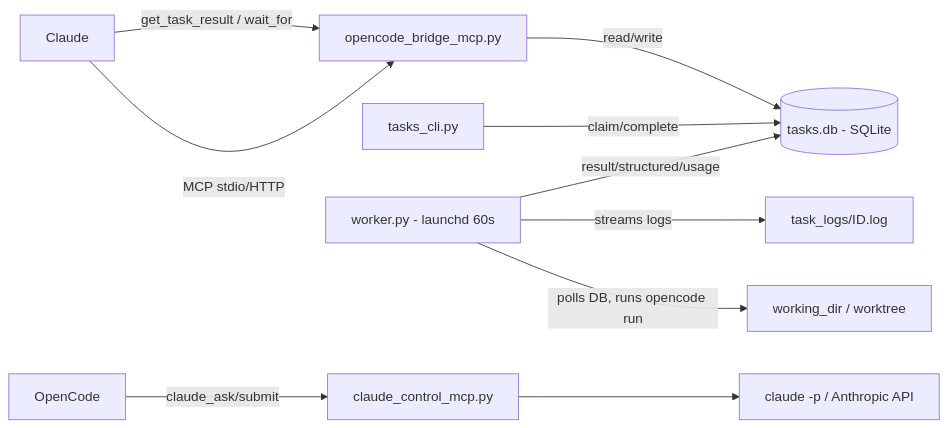
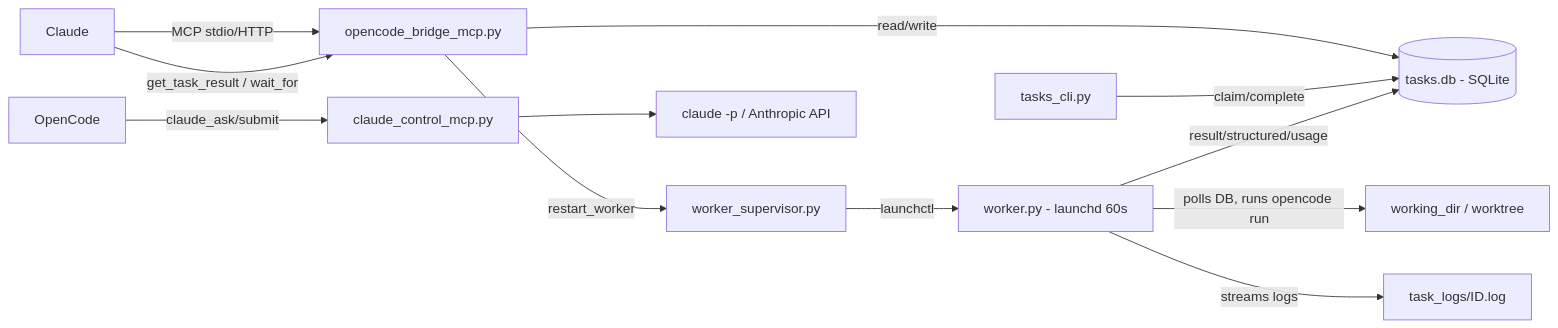
The diagram in README.md (Parithosh-Varma/TaskBridge), drawn with Mermaid before and after one commit. The commit also changed other lines of this file and 119 other files, not shown here.

Commit message:
TaskBridge: add landing page assets, tests, worker supervisor, and brag output

````diff
--- a/README.md
+++ b/README.md
@@ -133,12 +150,13 @@
 ```mermaid
 flowchart LR
   Claude -- MCP stdio/HTTP --> Bridge[opencode_bridge_mcp.py]
   Bridge -- read/write --> DB[(tasks.db - SQLite)]
   CLI[tasks_cli.py] -- claim/complete --> DB
   Worker[worker.py - launchd 60s] -- polls DB, runs opencode run --> Target[working_dir / worktree]
   Worker -- streams logs --> Logs[task_logs/ID.log]
   Worker -- result/structured/usage --> DB
   Claude -- get_task_result / wait_for --> Bridge
+  Bridge -- restart_worker --> Supervisor[worker_supervisor.py] -- launchctl --> Worker
   OpenCode -- claude_ask/submit --> Reverse[claude_control_mcp.py]
   Reverse --> ClaudeCLI[claude -p / Anthropic API]
 ```
````
